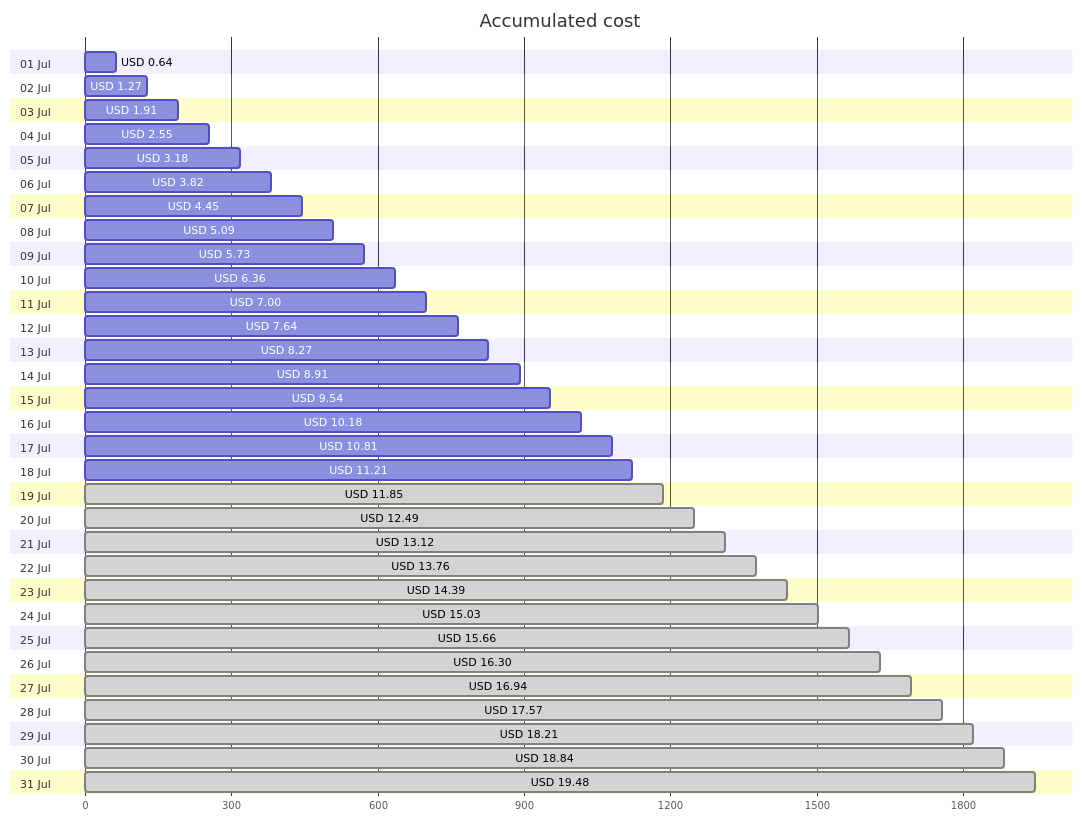
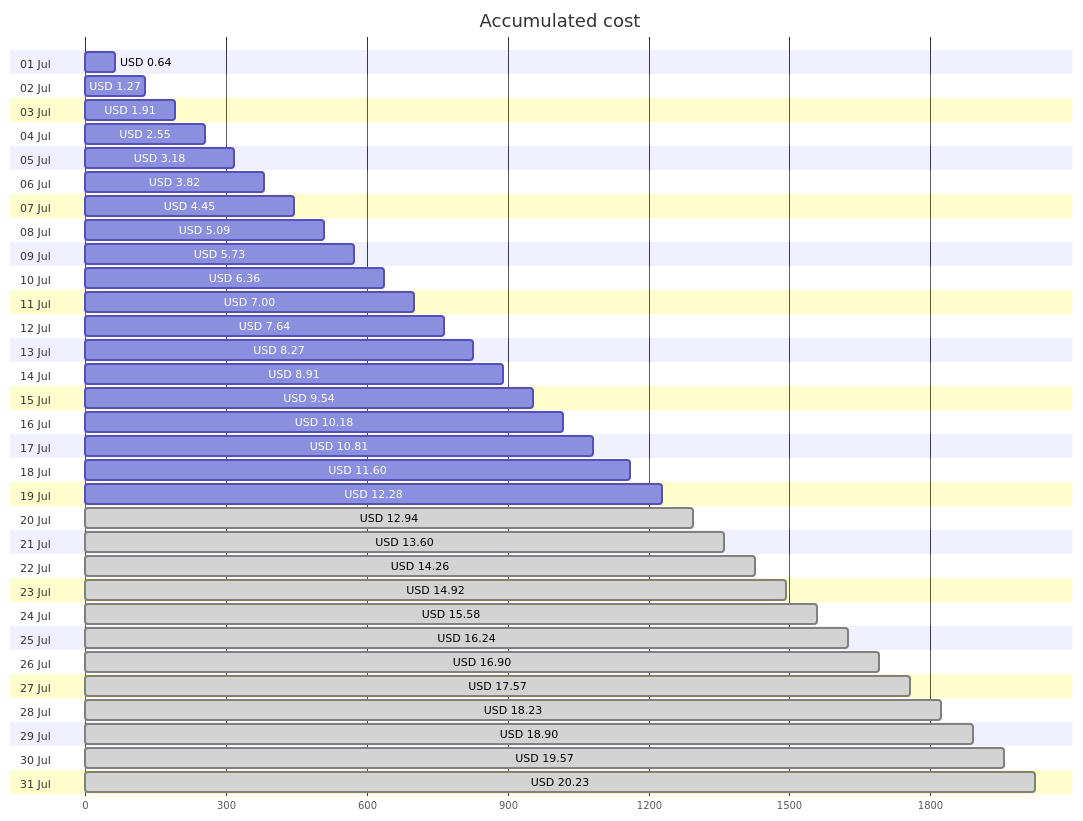
One commit to jpfulton/azure-personal-reports changed the first of 4 diagrams in cost-reports/accumulated-cost.md. Above: the diagram before and after it, drawn with Mermaid. The commit also changed other lines of this file and 4 other files, not shown here.

````diff
--- a/cost-reports/accumulated-cost.md
+++ b/cost-reports/accumulated-cost.md
@@ -20,68 +20,68 @@
 ```mermaid
 gantt
    title Accumulated cost
    dateFormat  X
    axisFormat %s
    section 01 Jul
    USD 0.64 :0, 64
    section 02 Jul
    USD 1.27 :0, 127
    section 03 Jul
    USD 1.91 :0, 191
    section 04 Jul
    USD 2.55 :0, 255
    section 05 Jul
    USD 3.18 :0, 318
    section 06 Jul
    USD 3.82 :0, 382
    section 07 Jul
    USD 4.45 :0, 445
    section 08 Jul
    USD 5.09 :0, 509
    section 09 Jul
    USD 5.73 :0, 573
    section 10 Jul
    USD 6.36 :0, 636
    section 11 Jul
    USD 7.00 :0, 700
    section 12 Jul
    USD 7.64 :0, 764
    section 13 Jul
    USD 8.27 :0, 827
    section 14 Jul
    USD 8.91 :0, 891
    section 15 Jul
    USD 9.54 :0, 954
    section 16 Jul
    USD 10.18 :0, 1018
    section 17 Jul
    USD 10.81 :0, 1081
    section 18 Jul
-   USD 11.21 :0, 1121
+   USD 11.60 :0, 1160
    section 19 Jul
-   USD 11.85 : done, 0, 1185
+   USD 12.28 :0, 1228
    section 20 Jul
-   USD 12.49 : done, 0, 1249
+   USD 12.94 : done, 0, 1294
    section 21 Jul
-   USD 13.12 : done, 0, 1312
+   USD 13.60 : done, 0, 1360
    section 22 Jul
-   USD 13.76 : done, 0, 1376
+   USD 14.26 : done, 0, 1426
    section 23 Jul
-   USD 14.39 : done, 0, 1439
+   USD 14.92 : done, 0, 1492
    section 24 Jul
-   USD 15.03 : done, 0, 1503
+   USD 15.58 : done, 0, 1558
    section 25 Jul
-   USD 15.66 : done, 0, 1566
+   USD 16.24 : done, 0, 1624
    section 26 Jul
-   USD 16.30 : done, 0, 1630
+   USD 16.90 : done, 0, 1690
    section 27 Jul
-   USD 16.94 : done, 0, 1694
+   USD 17.57 : done, 0, 1757
    section 28 Jul
-   USD 17.57 : done, 0, 1757
+   USD 18.23 : done, 0, 1823
    section 29 Jul
-   USD 18.21 : done, 0, 1821
+   USD 18.90 : done, 0, 1890
    section 30 Jul
-   USD 18.84 : done, 0, 1884
+   USD 19.57 : done, 0, 1957
    section 31 Jul
-   USD 19.48 : done, 0, 1948
+   USD 20.23 : done, 0, 2023
 ```
````
